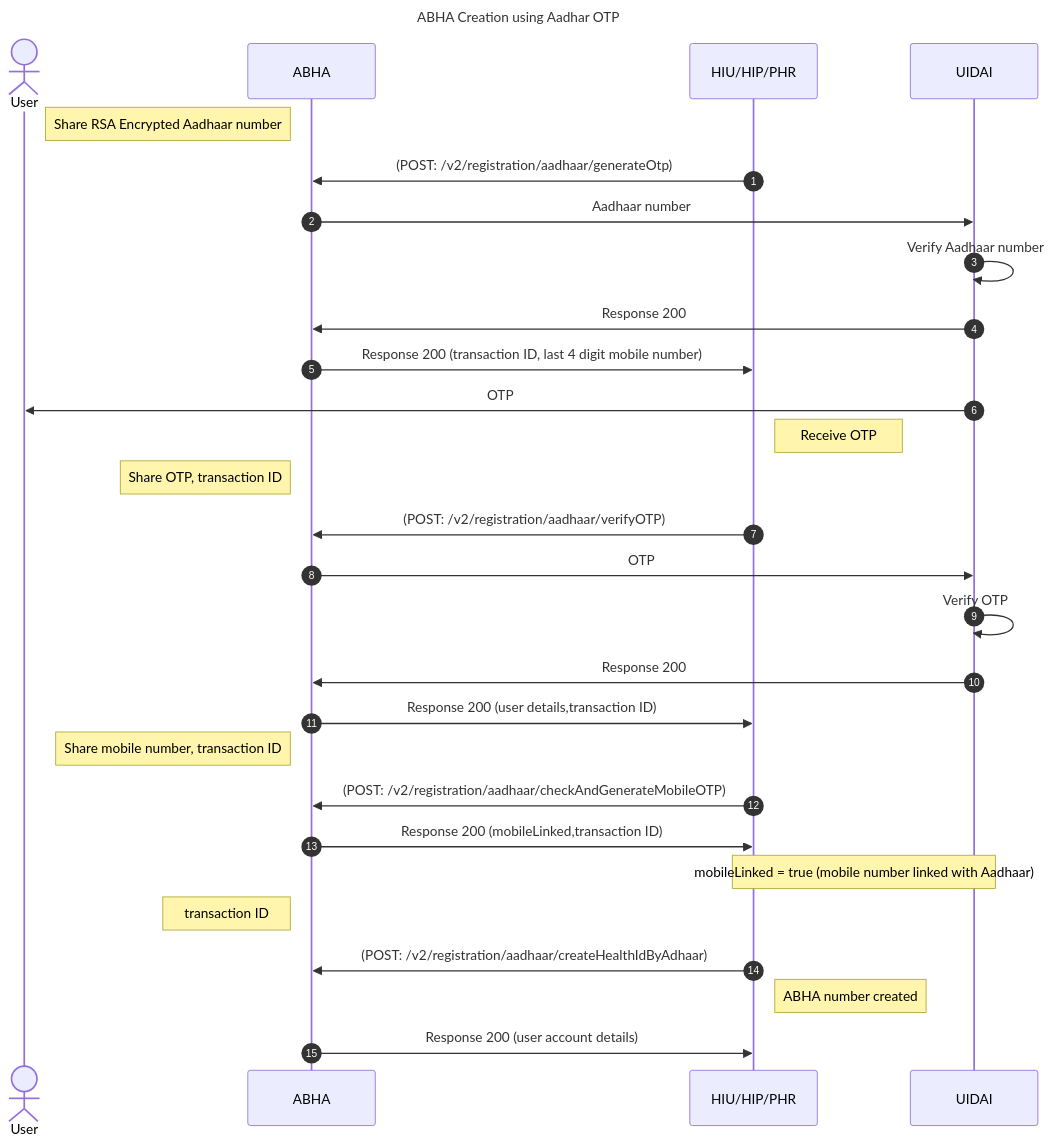
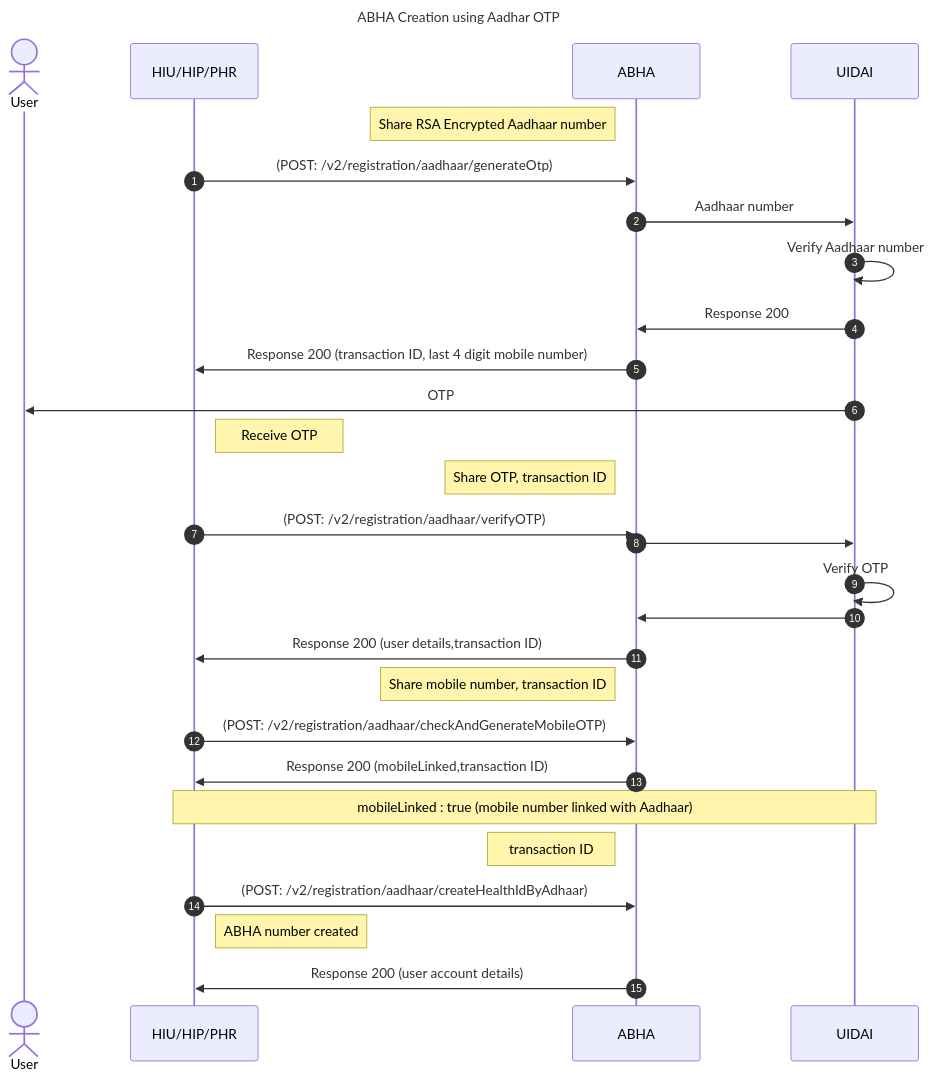
Before and after one commit to kiranma72/abdm-docs: the first of 3 diagrams in content/2-milestone1/abha-number/aadhar-otp.md, drawn with Mermaid. The commit also changed other lines of this file and 2 other files, not shown here.

```diff
--- a/content/2-milestone1/abha-number/aadhar-otp.md
+++ b/content/2-milestone1/abha-number/aadhar-otp.md
@@ -82,28 +82,29 @@
 {{< mermaid >}}
 %%{init:{"fontSize": "1.0rem", "sequence":{"showSequenceNumbers":true}}}%%
 sequenceDiagram
 title ABHA Creation using Aadhar OTP
 actor User
+participant HIU/HIP/PHR
 Note left of ABHA: Share RSA Encrypted Aadhaar number
 HIU/HIP/PHR->>ABHA: (POST: /v2/registration/aadhaar/generateOtp)
 ABHA->>UIDAI: Aadhaar number
-UIDAI->>UIDAI: Verify Aadhaar number
+UIDAI->>UIDAI:Verify Aadhaar number
 UIDAI->>ABHA: Response 200
 ABHA->>HIU/HIP/PHR: Response 200 (transaction ID, last 4 digit mobile number)
 UIDAI->>User: OTP
-Note right of HIU/HIP/PHR: Receive OTP
+Note right of HIU/HIP/PHR:Receive OTP
 Note left of ABHA: Share OTP, transaction ID
 HIU/HIP/PHR->>ABHA: (POST: /v2/registration/aadhaar/verifyOTP)
-ABHA->>UIDAI: OTP
+ABHA->>UIDAI: 
 UIDAI->>UIDAI:Verify OTP
-UIDAI->>ABHA: Response 200
+UIDAI->>ABHA: 
 ABHA->>HIU/HIP/PHR: Response 200 (user details,transaction ID)
 Note left of ABHA: Share mobile number, transaction ID
 HIU/HIP/PHR->>ABHA: (POST: /v2/registration/aadhaar/checkAndGenerateMobileOTP)
 ABHA->>HIU/HIP/PHR: Response 200 (mobileLinked,transaction ID)
-Note over HIU/HIP/PHR,UIDAI: mobileLinked = true (mobile number linked with Aadhaar)
+Note over HIU/HIP/PHR,UIDAI: mobileLinked : true (mobile number linked with Aadhaar)
 Note left of ABHA: transaction ID
 HIU/HIP/PHR->>ABHA: (POST: /v2/registration/aadhaar/createHealthIdByAdhaar)
 Note right of HIU/HIP/PHR: ABHA number created
 ABHA->>HIU/HIP/PHR: Response 200 (user account details)
 {{< /mermaid >}}
```
